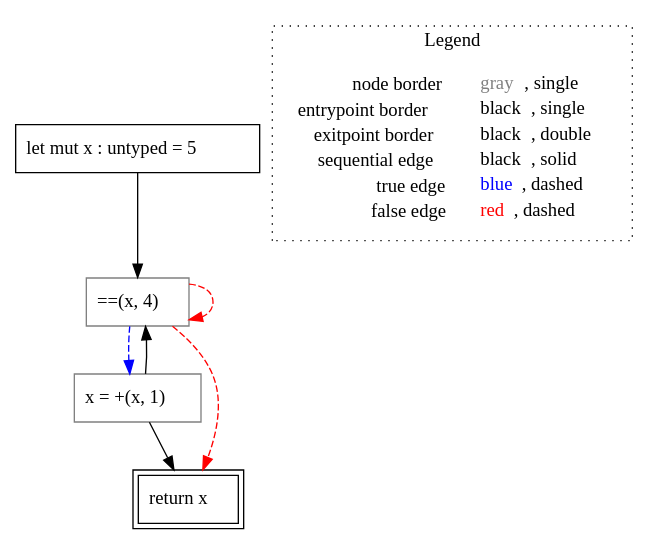
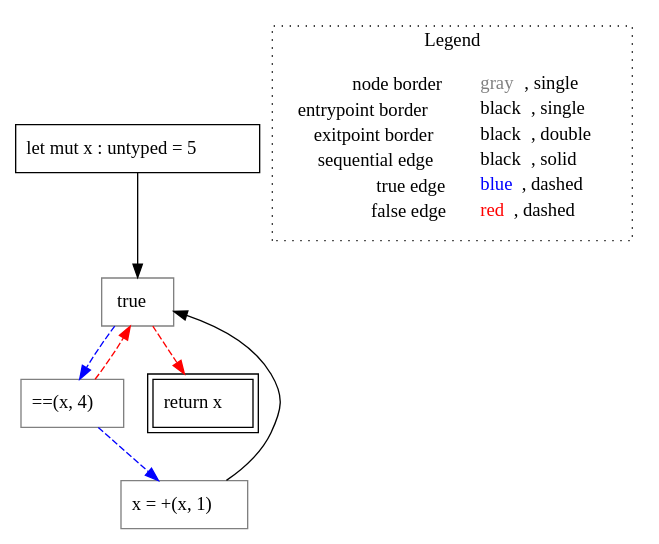
The diagram in rust-lisa/rust-testcases/cfg/return/i32_rust-testcases_cfg_return_return.rs.func5().dot (VincenzoArceri/rust-lisa), drawn with Graphviz before and after one commit. The commit also changed 7 other files, not shown here.

```diff
--- a/rust-lisa/rust-testcases/cfg/return/i32_rust-testcases_cfg_return_return.rs.func5().dot
+++ b/rust-lisa/rust-testcases/cfg/return/i32_rust-testcases_cfg_return_return.rs.func5().dot
@@ -1,19 +1,20 @@
 digraph {
 	"node0" [shape="rect",color="black",label=<let mut x : untyped = 5>];
 	"node1" [shape="rect",color="gray",label=<==(x, 4)>];
-	"node2" [shape="rect",color="gray",label=<x = +(x, 1)>];
-	"node3" [shape="rect",color="black",peripheries="2",label=<return x>];
-	"node1" -> "node1" [color="red",style="dashed"];
-	"node1" -> "node2" [color="blue",style="dashed"];
-	"node1" -> "node3" [color="red",style="dashed"];
-	"node2" -> "node1" [color="black"];
-	"node2" -> "node3" [color="black"];
-	"node0" -> "node1" [color="black"];
+	"node2" [shape="rect",color="gray",label=<true>];
+	"node3" [shape="rect",color="gray",label=<x = +(x, 1)>];
+	"node4" [shape="rect",color="black",peripheries="2",label=<return x>];
+	"node1" -> "node2" [color="red",style="dashed"];
+	"node1" -> "node3" [color="blue",style="dashed"];
+	"node2" -> "node1" [color="blue",style="dashed"];
+	"node2" -> "node4" [color="red",style="dashed"];
+	"node3" -> "node2" [color="black"];
+	"node0" -> "node2" [color="black"];
 subgraph cluster_legend {
 	label="Legend";
 	style=dotted;
 	node [shape=plaintext];
 	"legend" [label=<<table border="0" cellpadding="2" cellspacing="0" cellborder="0"><tr><td align="right">node border&nbsp;</td><td align="left"><font color="gray">gray</font>, single</td></tr><tr><td align="right">entrypoint border&nbsp;</td><td align="left"><font color="black">black</font>, single</td></tr><tr><td align="right">exitpoint border&nbsp;</td><td align="left"><font color="black">black</font>, double</td></tr><tr><td align="right">sequential edge&nbsp;</td><td align="left"><font color="black">black</font>, solid</td></tr><tr><td align="right">true edge&nbsp;</td><td align="left"><font color="blue">blue</font>, dashed</td></tr><tr><td align="right">false edge&nbsp;</td><td align="left"><font color="red">red</font>, dashed</td></tr></table>>];
 }
 
 }
```
